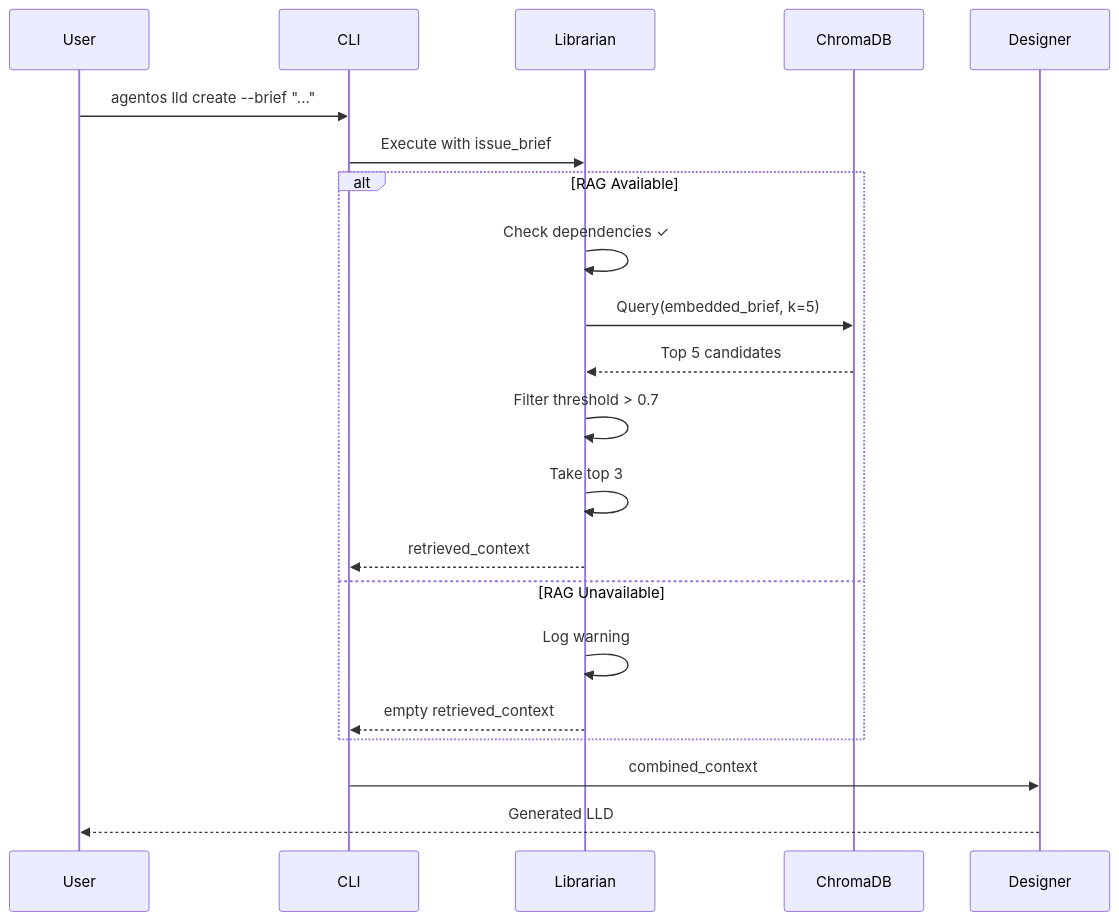
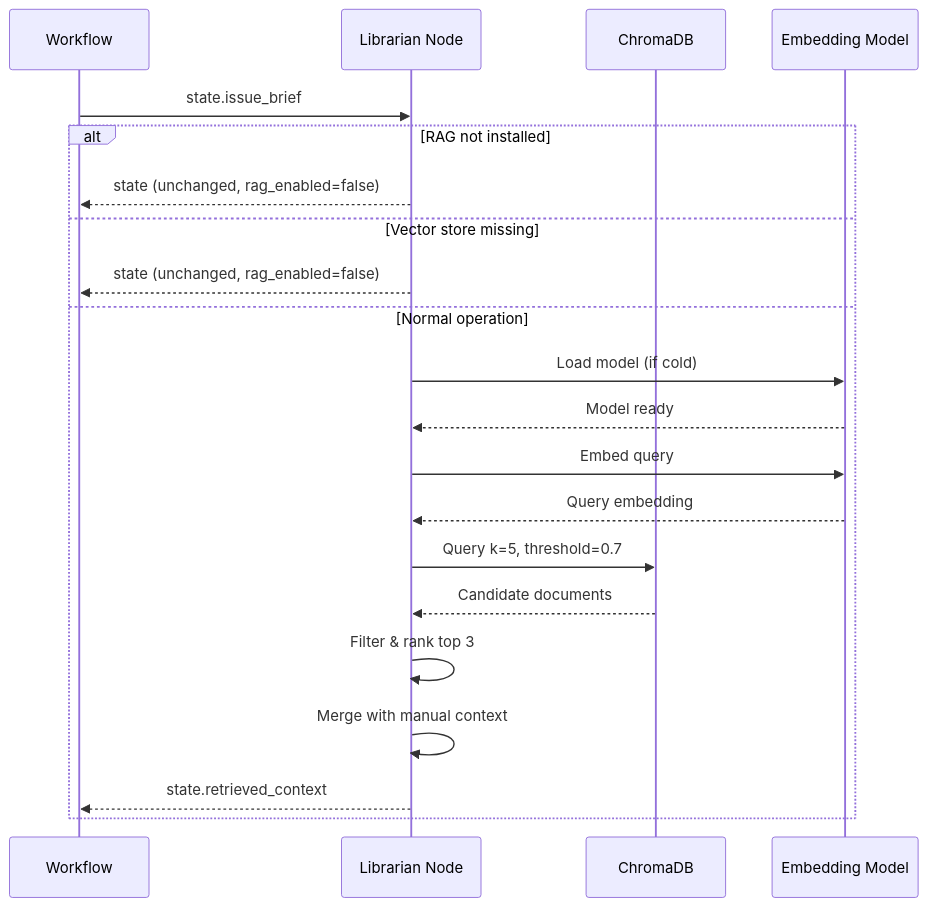
One commit to martymcenroe/AssemblyZero changed the second of 2 diagrams in docs/lineage/active/88-lld-n2/002-draft.md. Above: the diagram before and after it, drawn with Mermaid. The commit also changed other lines of this file and 191 other files, not shown here.

First line of the commit message:
feat: add The Librarian RAG context injection (#88) (#481)

````diff
--- a/docs/lineage/active/88-lld-n2/002-draft.md
+++ b/docs/lineage/active/88-lld-n2/002-draft.md
@@ -391,26 +413,25 @@
 ```mermaid
 sequenceDiagram
-    participant User
-    participant CLI
-    participant Librarian
-    participant ChromaDB
-    participant Designer
-
-    User->>CLI: agentos lld create --brief "..."
-    CLI->>Librarian: Execute with issue_brief
+    participant W as Workflow
+    participant L as Librarian Node
+    participant C as ChromaDB
+    participant M as Embedding Model
     
-    alt RAG Available
-        Librarian->>Librarian: Check dependencies ✓
-        Librarian->>ChromaDB: Query(embedded_brief, k=5)
-        ChromaDB-->>Librarian: Top 5 candidates
-        Librarian->>Librarian: Filter threshold > 0.7
-        Librarian->>Librarian: Take top 3
-        Librarian-->>CLI: retrieved_context
-    else RAG Unavailable
-        Librarian->>Librarian: Log warning
-        Librarian-->>CLI: empty retrieved_context
+    W->>L: state.issue_brief
+    
+    alt RAG not installed
+        L-->>W: state (unchanged, rag_enabled=false)
+    else Vector store missing
+        L-->>W: state (unchanged, rag_enabled=false)
+    else Normal operation
+        L->>M: Load model (if cold)
+        M-->>L: Model ready
+        L->>M: Embed query
+        M-->>L: Query embedding
+        L->>C: Query k=5, threshold=0.7
+        C-->>L: Candidate documents
+        L->>L: Filter & rank top 3
+        L->>L: Merge with manual context
+        L-->>W: state.retrieved_context
     end
-    
-    CLI->>Designer: combined_context
-    Designer-->>User: Generated LLD
 ```
````
